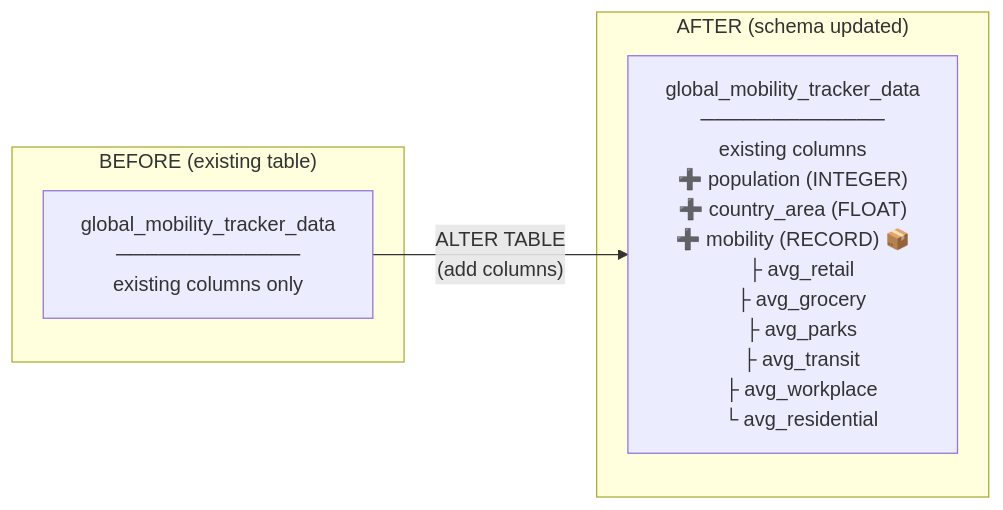
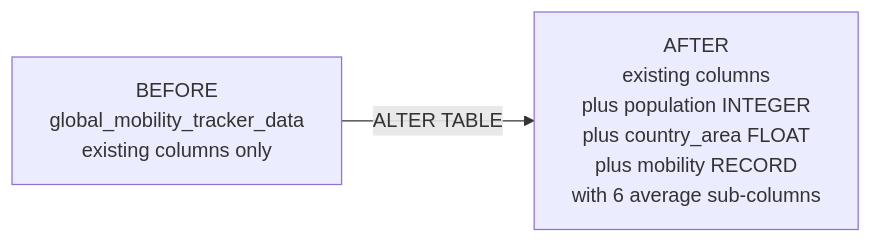
One commit to swapnilukeyie/Gclouud-Cloud-Engineer-Cert- changed the third of 6 diagrams in Week 1 - Build a Data Warehouse with BigQuery/GSP340 - Challenge Lab/README.md. Above: the diagram before and after it, drawn with Mermaid. The commit also changed other lines of this file, not shown here.

Commit message:
Week 1: Build a Data Warehouse with BigQuery (GSP340)

````diff
--- a/Week 1 - Build a Data Warehouse with BigQuery/GSP340 - Challenge Lab/README.md
+++ b/Week 1 - Build a Data Warehouse with BigQuery/GSP340 - Challenge Lab/README.md
@@ -173,12 +173,7 @@
 ```mermaid
 flowchart LR
-    subgraph BEFORE["BEFORE (existing table)"]
-        A["global_mobility_tracker_data<br/>─────────────<br/>existing columns only"]
-    end
+    A["BEFORE<br/>global_mobility_tracker_data<br/>existing columns only"]
+    B["AFTER<br/>existing columns<br/>plus population INTEGER<br/>plus country_area FLOAT<br/>plus mobility RECORD<br/>with 6 average sub-columns"]
 
-    subgraph AFTER["AFTER (schema updated)"]
-        B["global_mobility_tracker_data<br/>─────────────<br/>existing columns<br/>➕ population (INTEGER)<br/>➕ country_area (FLOAT)<br/>➕ mobility (RECORD) 📦<br/>&nbsp;&nbsp;&nbsp;├ avg_retail<br/>&nbsp;&nbsp;&nbsp;├ avg_grocery<br/>&nbsp;&nbsp;&nbsp;├ avg_parks<br/>&nbsp;&nbsp;&nbsp;├ avg_transit<br/>&nbsp;&nbsp;&nbsp;├ avg_workplace<br/>&nbsp;&nbsp;&nbsp;└ avg_residential"]
-    end
-
-    A -- "ALTER TABLE<br/>(add columns)" --> B
+    A -->|ALTER TABLE| B
 ```
````
